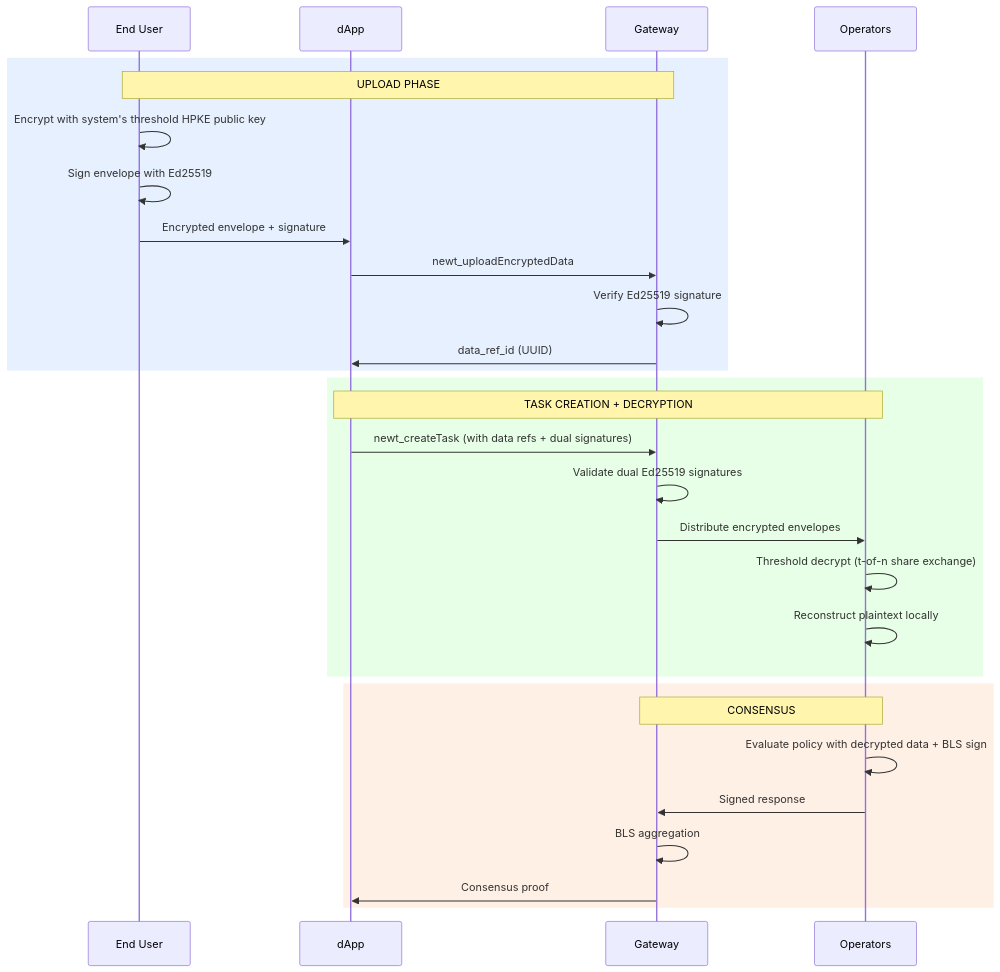
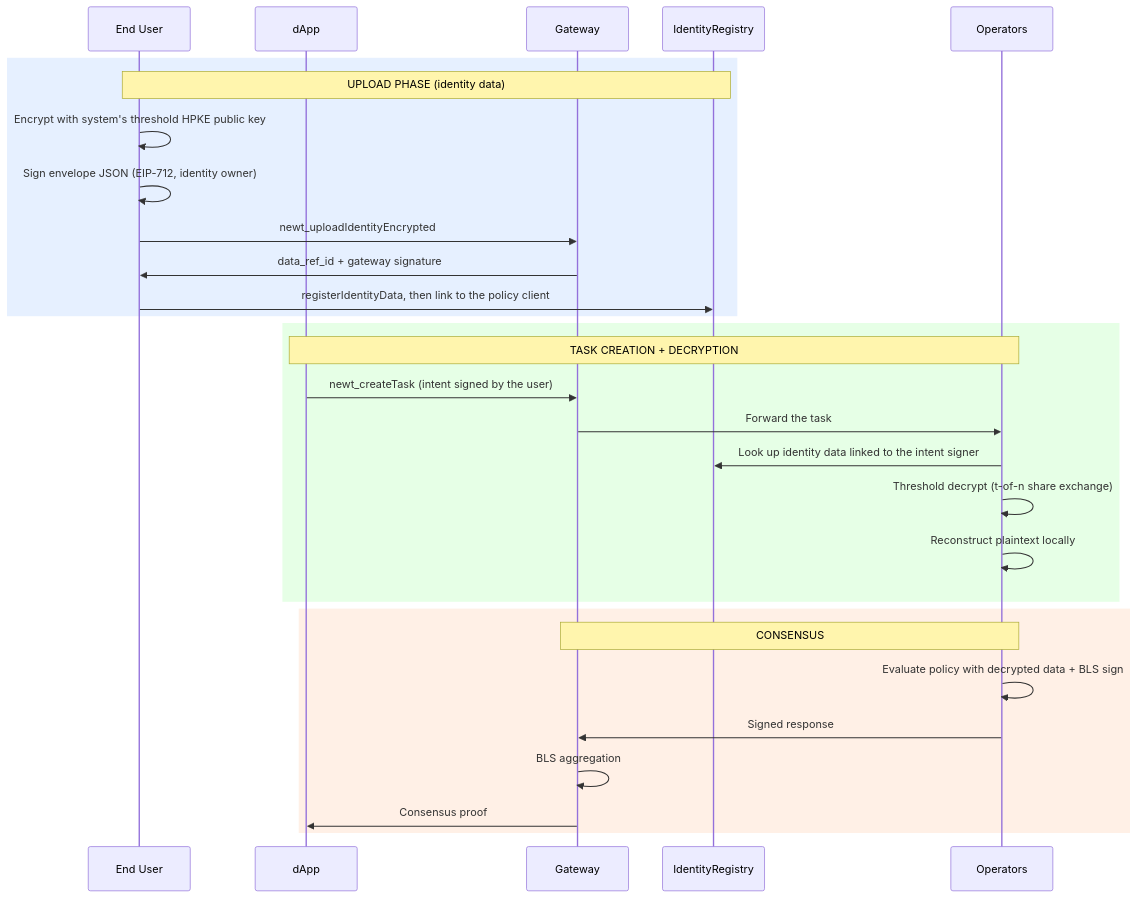
One commit to newt-foundation/newton-sdk changed the diagram in site/src/pages/developers/concepts/privacy-layer.mdx. Above: the diagram before and after it, drawn with Mermaid. The commit also changed other lines of this file and 10 other files, not shown here.

````diff
--- a/site/src/pages/developers/concepts/privacy-layer.mdx
+++ b/site/src/pages/developers/concepts/privacy-layer.mdx
@@ -40,34 +40,34 @@
 ```mermaid
 sequenceDiagram
     participant U as End User
     participant D as dApp
     participant G as Gateway
+    participant R as IdentityRegistry
     participant O as Operators
 
     rect rgb(230, 240, 255)
-        note over U,G: UPLOAD PHASE
+        note over U,R: UPLOAD PHASE (identity data)
         U->>U: Encrypt with system's threshold HPKE public key
-        U->>U: Sign envelope with Ed25519
-        U->>D: Encrypted envelope + signature
-        D->>G: newt_uploadEncryptedData
-        G->>G: Verify Ed25519 signature
-        G->>D: data_ref_id (UUID)
+        U->>U: Sign envelope JSON (EIP-712, identity owner)
+        U->>G: newt_uploadIdentityEncrypted
+        G->>U: data_ref_id + gateway signature
+        U->>R: registerIdentityData, then link to the policy client
     end
 
     rect rgb(230, 255, 230)
         note over D,O: TASK CREATION + DECRYPTION
-        D->>G: newt_createTask (with data refs + dual signatures)
-        G->>G: Validate dual Ed25519 signatures
-        G->>O: Distribute encrypted envelopes
+        D->>G: newt_createTask (intent signed by the user)
+        G->>O: Forward the task
+        O->>R: Look up identity data linked to the intent signer
         O->>O: Threshold decrypt (t-of-n share exchange)
         O->>O: Reconstruct plaintext locally
     end
 
     rect rgb(255, 240, 230)
         note over G,O: CONSENSUS
         O->>O: Evaluate policy with decrypted data + BLS sign
         O->>G: Signed response
         G->>G: BLS aggregation
         G->>D: Consensus proof
     end
 ```
````
